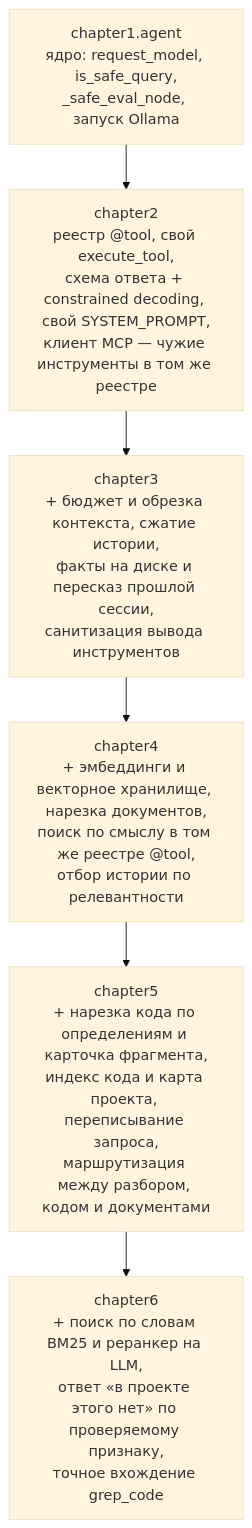
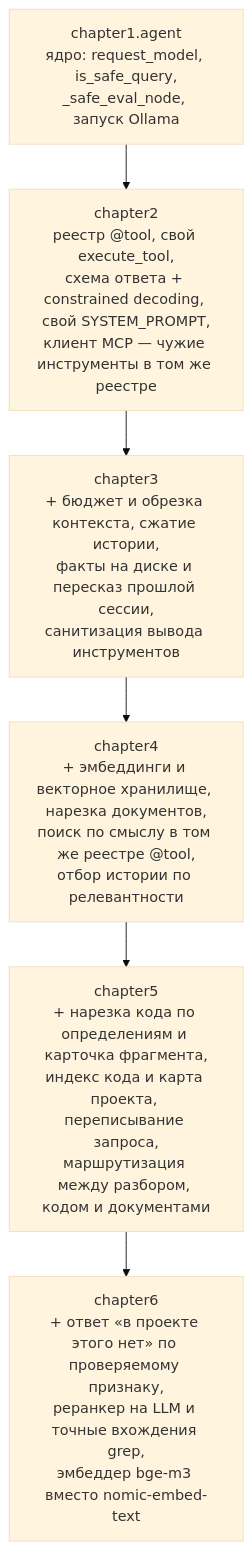
The diagram in README.md (io982/firstAgent), drawn with Mermaid (base theme) before and after one commit. The commit also changed other lines of this file and 4 other files, not shown here.

````diff
--- a/README.md
+++ b/README.md
@@ -375,9 +375,9 @@
 ```mermaid
 graph TD
     Base["chapter1.agent<br/>ядро: request_model, is_safe_query,<br/>_safe_eval_node, запуск Ollama"]
     Base --> Ch2["chapter2<br/>реестр @tool, свой execute_tool,<br/>схема ответа + constrained decoding, свой SYSTEM_PROMPT,<br/>клиент MCP — чужие инструменты в том же реестре"]
     Ch2 --> Ch3["chapter3<br/>+ бюджет и обрезка контекста, сжатие истории,<br/>факты на диске и пересказ прошлой сессии,<br/>санитизация вывода инструментов"]
     Ch3 --> Ch4["chapter4<br/>+ эмбеддинги и векторное хранилище, нарезка документов,<br/>поиск по смыслу в том же реестре @tool,<br/>отбор истории по релевантности"]
     Ch4 --> Ch5["chapter5<br/>+ нарезка кода по определениям и карточка фрагмента,<br/>индекс кода и карта проекта, переписывание запроса,<br/>маршрутизация между разбором, кодом и документами"]
-    Ch5 --> Ch6["chapter6<br/>+ поиск по словам BM25 и реранкер на LLM,<br/>ответ «в проекте этого нет» по проверяемому признаку,<br/>точное вхождение grep_code"]
+    Ch5 --> Ch6["chapter6<br/>+ ответ «в проекте этого нет» по проверяемому признаку,<br/>реранкер на LLM и точные вхождения grep,<br/>эмбеддер bge-m3 вместо nomic-embed-text"]
 ```
````
